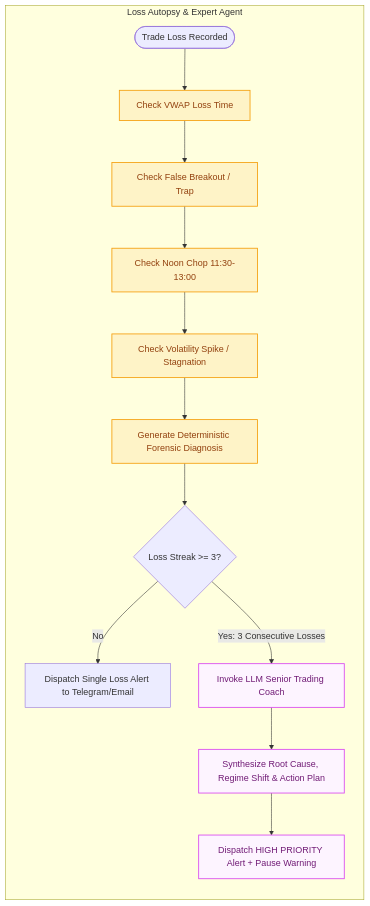
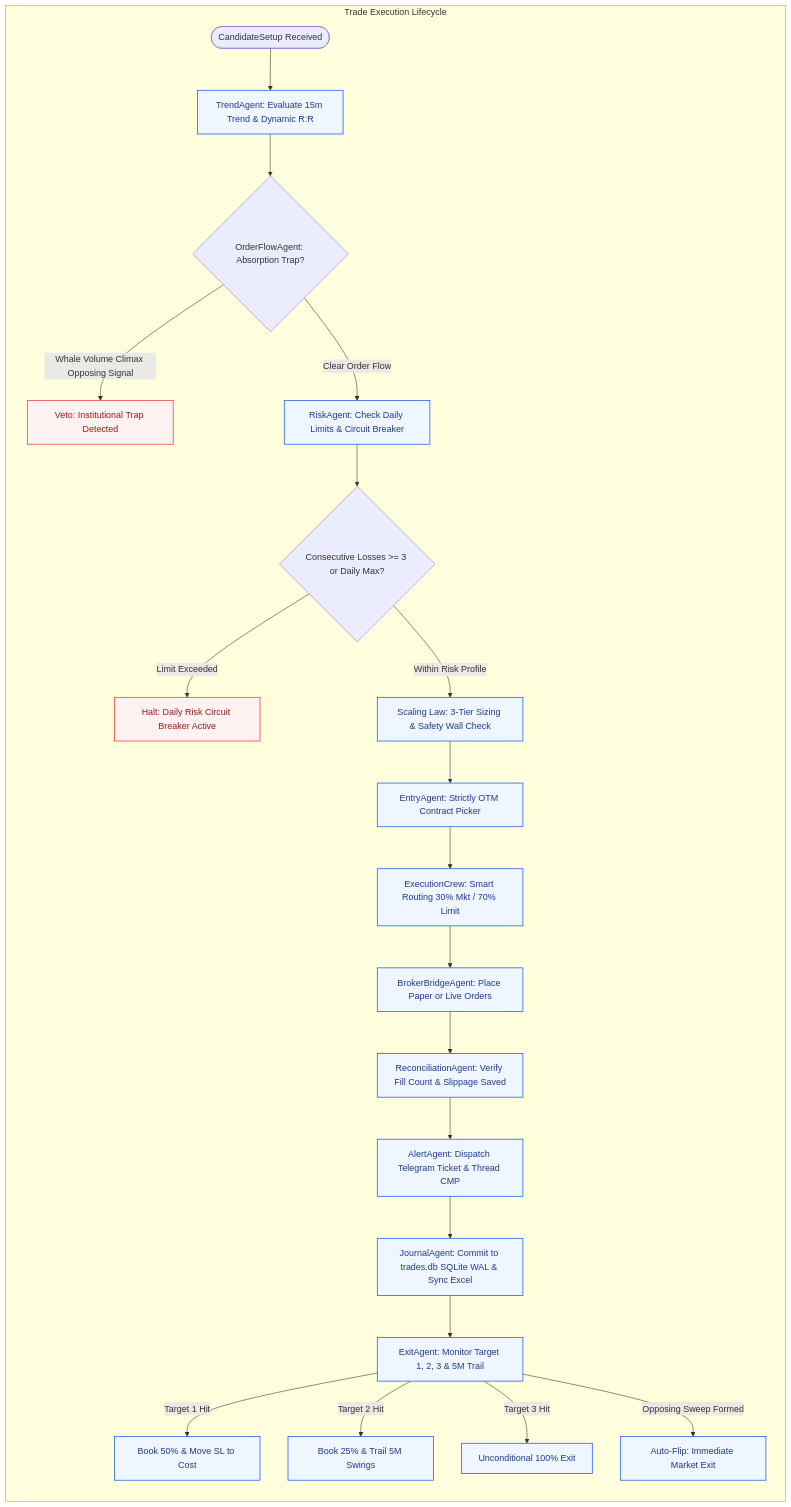
One commit to skoust1-a11y/genesis changed the third of 5 diagrams in DocumentsAndDiagrams/CURRENT_ARCHITECTURE_AND_AGENT_FLOWS.md. Above: the diagram before and after it, drawn with Mermaid. The commit also changed other lines of this file and 110 other files, not shown here.

First line of the commit message:
feat(arch): implement multi-crew autonomous trading framework and post-market safety wall

````diff
--- a/DocumentsAndDiagrams/CURRENT_ARCHITECTURE_AND_AGENT_FLOWS.md
+++ b/DocumentsAndDiagrams/CURRENT_ARCHITECTURE_AND_AGENT_FLOWS.md
@@ -111,22 +130,35 @@
 ```mermaid
 flowchart TD
-    subgraph LossAutopsy["Loss Autopsy & Expert Agent"]
+    subgraph TradeCrewDecision["Trade Execution Lifecycle"]
         direction TB
-        loss_in([Trade Loss Recorded]) --> vwap_chk[Check VWAP Loss Time]
-        vwap_chk --> trap_chk[Check False Breakout / Trap]
-        trap_chk --> lunch_chk[Check Noon Chop 11:30-13:00]
-        lunch_chk --> vix_chk[Check Volatility Spike / Stagnation]
-        vix_chk --> diag[Generate Deterministic Forensic Diagnosis]
+        in_setup([CandidateSetup Received]) --> trend_eval[TrendAgent: Evaluate 15m Trend & Dynamic R:R]
+        trend_eval --> order_flow{OrderFlowAgent: Absorption Trap?}
         
-        diag --> streak_chk{Loss Streak >= 3?}
-        streak_chk -->|No| send_single[Dispatch Single Loss Alert to Telegram/Email]
-        streak_chk -->|Yes: 3 Consecutive Losses| llm_expert[Invoke LLM Senior Trading Coach]
-        llm_expert --> format_expert[Synthesize Root Cause, Regime Shift & Action Plan]
-        format_expert --> send_expert[Dispatch HIGH PRIORITY Alert + Pause Warning]
+        order_flow -->|Whale Volume Climax Opposing Signal| veto_trap[Veto: Institutional Trap Detected]
+        order_flow -->|Clear Order Flow| risk_eval[RiskAgent: Check Daily Limits & Circuit Breaker]
+        
+        risk_eval --> daily_loss{Consecutive Losses >= 3 or Daily Max?}
+        daily_loss -->|Limit Exceeded| halt_daily[Halt: Daily Risk Circuit Breaker Active]
+        
+        daily_loss -->|Within Risk Profile| sizing[Scaling Law: 3-Tier Sizing & Safety Wall Check]
+        sizing --> strike_picker[EntryAgent: Strictly OTM Contract Picker]
+        
+        strike_picker --> exec_route[ExecutionCrew: Smart Routing 30% Mkt / 70% Limit]
+        exec_route --> broker[BrokerBridgeAgent: Place Paper or Live Orders]
+        
+        broker --> recon[ReconciliationAgent: Verify Fill Count & Slippage Saved]
+        recon --> alert[AlertAgent: Dispatch Telegram Ticket & Thread CMP]
+        alert --> journal[JournalAgent: Commit to trades.db SQLite WAL & Sync Excel]
+        
+        journal --> exit_mgr[ExitAgent: Monitor Target 1, 2, 3 & 5M Trail]
+        exit_mgr -->|Target 1 Hit| book_half[Book 50% & Move SL to Cost]
+        exit_mgr -->|Target 2 Hit| trail_swing[Book 25% & Trail 5M Swings]
+        exit_mgr -->|Target 3 Hit| full_exit[Unconditional 100% Exit]
+        exit_mgr -->|Opposing Sweep Formed| auto_flip[Auto-Flip: Immediate Market Exit]
     end
 
-    classDef alertClass fill:#fef3c7,stroke:#f59e0b,stroke-width:1.5px,color:#92400e;
-    classDef llmClass fill:#fdf4ff,stroke:#d946ef,stroke-width:1.5px,color:#701a75;
-    class vwap_chk,trap_chk,lunch_chk,vix_chk,diag alertClass;
-    class llm_expert,format_expert,send_expert llmClass;
+    classDef execClass fill:#eff6ff,stroke:#2563eb,stroke-width:1.4px,color:#1e3a8a;
+    classDef haltClass fill:#fef2f2,stroke:#ef4444,stroke-width:1.4px,color:#991b1b;
+    class trend_eval,risk_eval,sizing,strike_picker,exec_route,broker,recon,alert,journal,exit_mgr,book_half,trail_swing,full_exit,auto_flip execClass;
+    class veto_trap,halt_daily haltClass;
 ```
````
